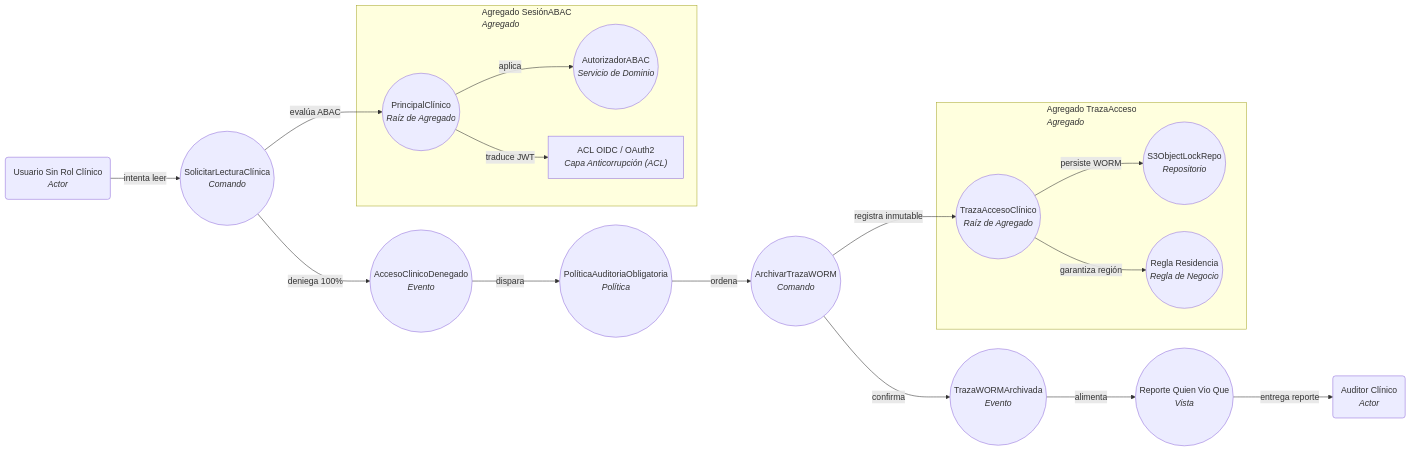
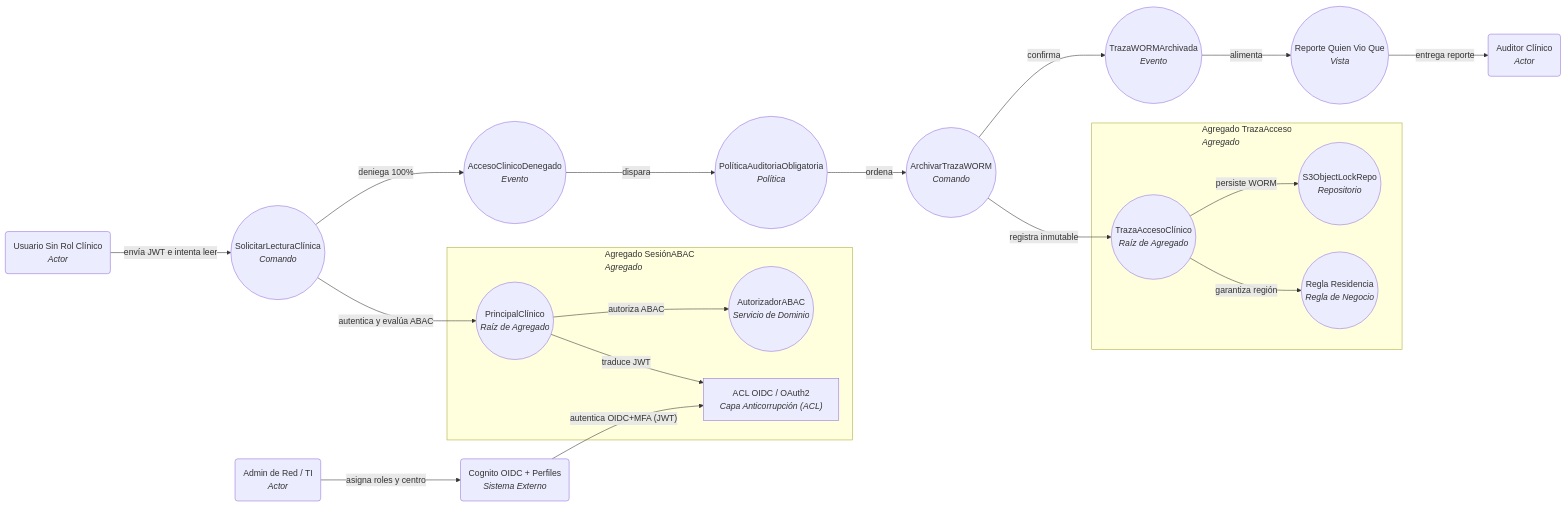
The diagram in PROYECTO/Seguridad, auditoria y operacion/mermaid/02_ddd_abac_traza_slo.mmd (cristhianDavidOrbes/diagramas_redsaludAndina), drawn with Mermaid before and after one commit. The commit also changed 5 other files, not shown here.

Commit message:
Actualiza vistas C4, DDD y Secuencia de Seguridad con asignacion de roles y autenticacion OIDC+MFA

```diff
--- a/PROYECTO/Seguridad, auditoria y operacion/mermaid/02_ddd_abac_traza_slo.mmd
+++ b/PROYECTO/Seguridad, auditoria y operacion/mermaid/02_ddd_abac_traza_slo.mmd
@@ -1,32 +1,36 @@
 flowchart LR
   subgraph Agregado_Sesi_nABAC["Agregado SesiónABAC<br/><i>Agregado</i>"]
     sd_id(("PrincipalClínico<br/><i>Raíz de Agregado</i>"))
     sd_abac(("AutorizadorABAC<br/><i>Servicio de Dominio</i>"))
     sd_acl["ACL OIDC / OAuth2<br/><i>Capa Anticorrupción (ACL)</i>"]
   end
   subgraph Agregado_TrazaAcceso["Agregado TrazaAcceso<br/><i>Agregado</i>"]
     sd_traza(("TrazaAccesoClínico<br/><i>Raíz de Agregado</i>"))
     sd_worm(("S3ObjectLockRepo<br/><i>Repositorio</i>"))
     sd_reg(("Regla Residencia<br/><i>Regla de Negocio</i>"))
   end
   sd_act("Usuario Sin Rol Clínico<br/><i>Actor</i>")
   sd_cmd1(("SolicitarLecturaClínica<br/><i>Comando</i>"))
   sd_ev1(("AccesoClinicoDenegado<br/><i>Evento</i>"))
   sd_pol(("PolíticaAuditoriaObligatoria<br/><i>Política</i>"))
   sd_cmd2(("ArchivarTrazaWORM<br/><i>Comando</i>"))
   sd_ev2(("TrazaWORMArchivada<br/><i>Evento</i>"))
   sd_vis(("Reporte Quien Vio Que<br/><i>Vista</i>"))
   sd_aud("Auditor Clínico<br/><i>Actor</i>")
-  sd_act -->|"intenta leer"| sd_cmd1
+  sd_admin_red("Admin de Red / TI<br/><i>Actor</i>")
+  sd_cognito("Cognito OIDC + Perfiles<br/><i>Sistema Externo</i>")
+  sd_act -->|"envía JWT e intenta leer"| sd_cmd1
   sd_cmd1 -->|"deniega 100%"| sd_ev1
-  sd_cmd1 -->|"evalúa ABAC"| sd_id
+  sd_cmd1 -->|"autentica y evalúa ABAC"| sd_id
   sd_ev1 -->|"dispara"| sd_pol
   sd_pol -->|"ordena"| sd_cmd2
   sd_cmd2 -->|"confirma"| sd_ev2
   sd_cmd2 -->|"registra inmutable"| sd_traza
   sd_ev2 -->|"alimenta"| sd_vis
   sd_vis -->|"entrega reporte"| sd_aud
-  sd_id -->|"aplica"| sd_abac
+  sd_id -->|"autoriza ABAC"| sd_abac
   sd_id -->|"traduce JWT"| sd_acl
+  sd_admin_red -->|"asigna roles y centro"| sd_cognito
+  sd_cognito -->|"autentica OIDC+MFA (JWT)"| sd_acl
   sd_traza -->|"persiste WORM"| sd_worm
   sd_traza -->|"garantiza región"| sd_reg
```
